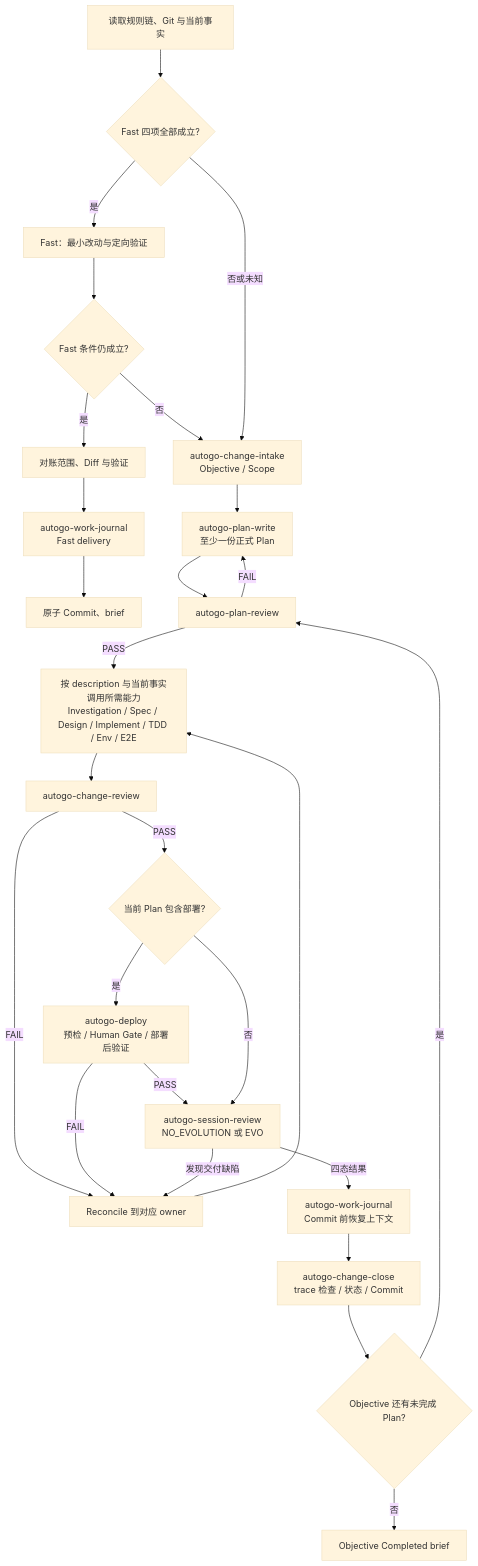
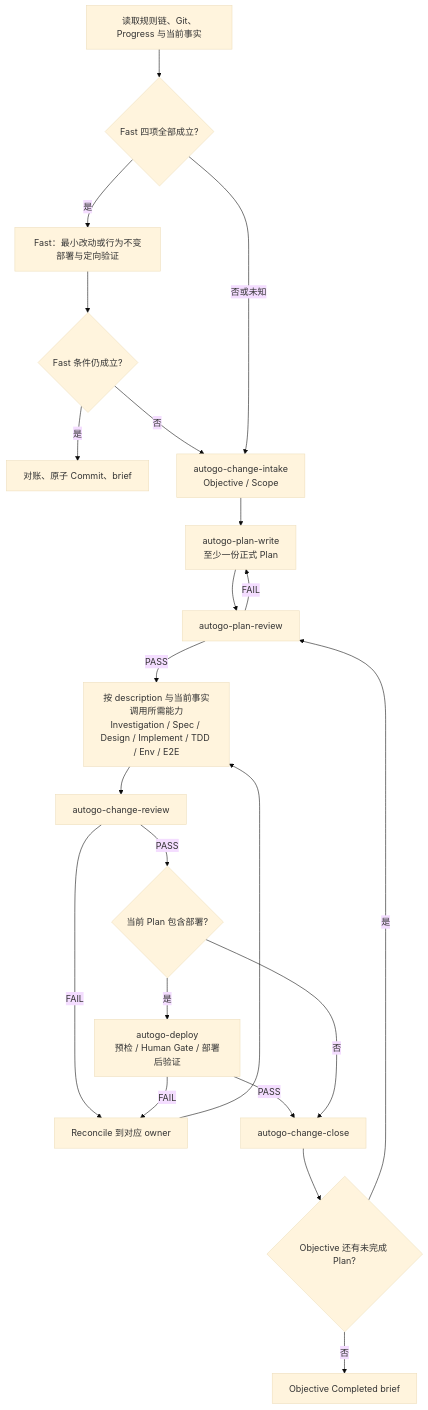
The diagram in AGENTS.md (monshunter/askme), drawn with Mermaid (base theme) before and after one commit. The commit also changed other lines of this file and 41 other files, not shown here.

````diff
--- a/AGENTS.md
+++ b/AGENTS.md
@@ -175,28 +190,23 @@
 ```mermaid
 flowchart TD
-  O["读取规则链、Git 与当前事实"] --> R{"Fast 四项全部成立?"}
-  R -->|"是"| F["Fast：最小改动与定向验证"]
+  O["读取规则链、Git、Progress 与当前事实"] --> R{"Fast 四项全部成立?"}
+  R -->|"是"| F["Fast：最小改动或行为不变部署与定向验证"]
   F --> FU{"Fast 条件仍成立?"}
-  FU -->|"是"| FR["对账范围、Diff 与验证"]
-  FR --> FJ["autogo-work-journal<br/>Fast delivery"]
-  FJ --> FB["原子 Commit、brief"]
+  FU -->|"是"| FB["对账、原子 Commit、brief"]
   FU -->|"否"| I
   R -->|"否或未知"| I["autogo-change-intake<br/>Objective / Scope"]
   I --> PW["autogo-plan-write<br/>至少一份正式 Plan"]
   PW --> PR["autogo-plan-review"]
   PR -->|"FAIL"| PW
   PR -->|"PASS"| A["按 description 与当前事实调用所需能力<br/>Investigation / Spec / Design / Implement / TDD / Env / E2E"]
   A --> CR["autogo-change-review"]
   CR -->|"FAIL"| REC["Reconcile 到对应 owner"] --> A
   CR -->|"PASS"| D{"当前 Plan 包含部署?"}
   D -->|"是"| DEP["autogo-deploy<br/>预检 / Human Gate / 部署后验证"]
   DEP -->|"FAIL"| REC
-  DEP -->|"PASS"| SR["autogo-session-review<br/>NO_EVOLUTION 或 EVO"]
-  D -->|"否"| SR
-  SR -->|"发现交付缺陷"| REC
-  SR -->|"四态结果"| J["autogo-work-journal<br/>Commit 前恢复上下文"]
-  J --> CL["autogo-change-close<br/>trace 检查 / 状态 / Commit"]
+  DEP -->|"PASS"| CL["autogo-change-close"]
+  D -->|"否"| CL
   CL --> N{"Objective 还有未完成 Plan?"}
   N -->|"是"| PR
   N -->|"否"| DONE["Objective Completed brief"]
 ```
````
